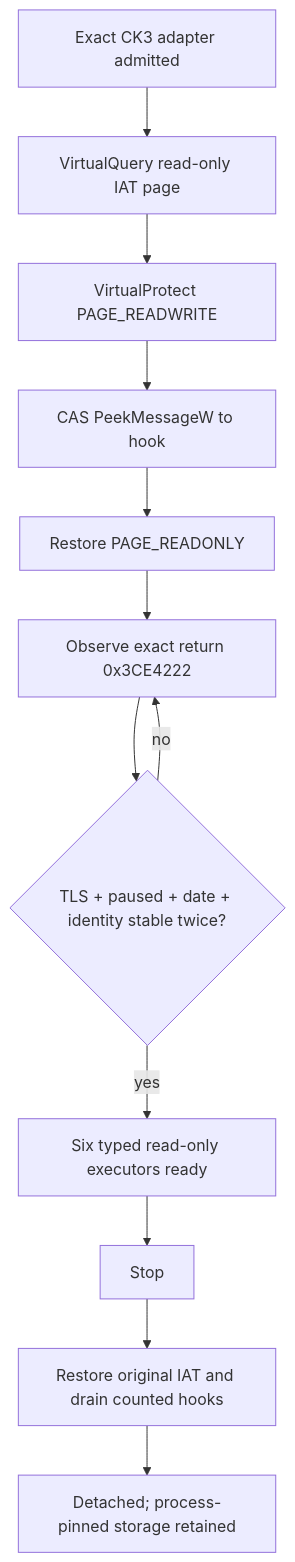
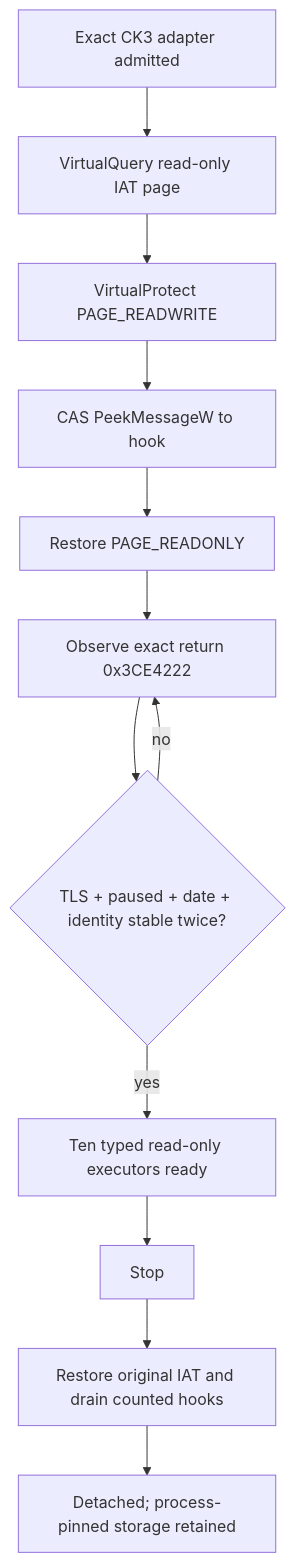
The first of 2 diagrams in docs/ck3-native-ai/main-thread-query-mailbox.md (XenoAmess/ck3_eternal_recurrence), drawn with Mermaid before and after one commit. The commit also changed other lines of this file and 66 other files, not shown here.

````diff
--- a/docs/ck3-native-ai/main-thread-query-mailbox.md
+++ b/docs/ck3-native-ai/main-thread-query-mailbox.md
@@ -82,14 +88,14 @@
 ```mermaid
 flowchart TD
     A[Exact CK3 adapter admitted] --> B[VirtualQuery read-only IAT page]
     B --> C[VirtualProtect PAGE_READWRITE]
     C --> D[CAS PeekMessageW to hook]
     D --> E[Restore PAGE_READONLY]
     E --> F[Observe exact return 0x3CE4222]
     F --> G{TLS + paused + date + identity stable twice?}
     G -- no --> F
-    G -- yes --> H[Six typed read-only executors ready]
+    G -- yes --> H[Ten typed read-only executors ready]
     H --> I[Stop]
     I --> J[Restore original IAT and drain counted hooks]
     J --> K[Detached; process-pinned storage retained]
 ```
````
